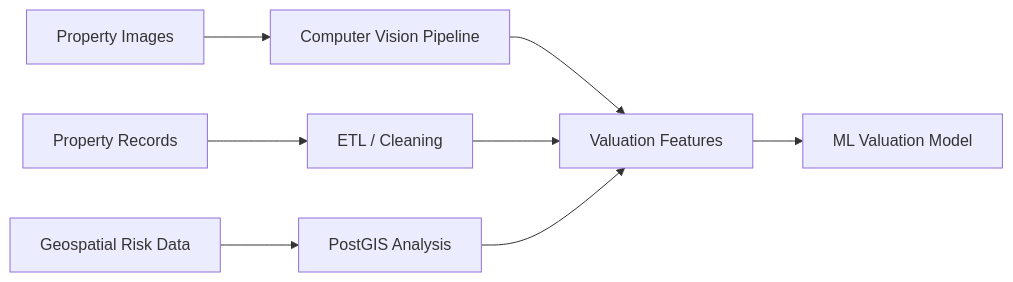
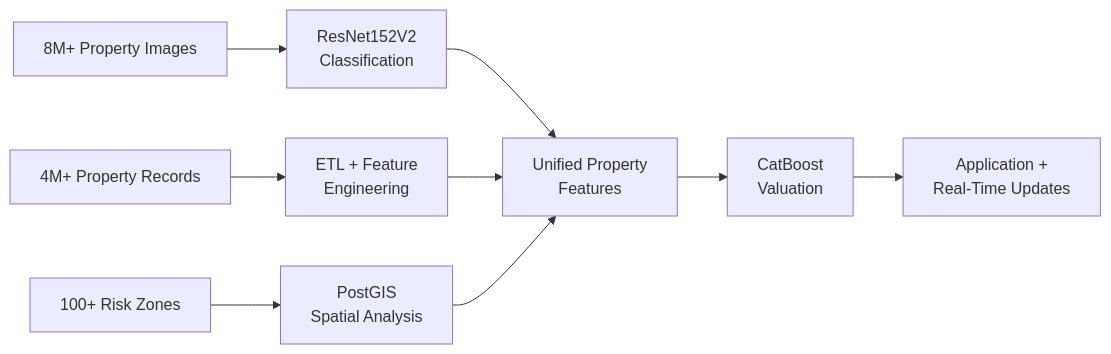
The diagram in docs/production-ml-real-estate.md (CS-Ponkoj/CS-Ponkoj), drawn with Mermaid before and after one commit. The commit also changed other lines of this file and 10 other files, not shown here.

````diff
--- a/docs/production-ml-real-estate.md
+++ b/docs/production-ml-real-estate.md
@@ -23,10 +18,11 @@
 ```mermaid
 flowchart LR
-    A["Property Images"] --> B["Computer Vision Pipeline"]
-    C["Property Records"] --> D["ETL / Cleaning"]
-    E["Geospatial Risk Data"] --> F["PostGIS Analysis"]
-    B --> G["Valuation Features"]
+    A["8M+ Property Images"] --> B["ResNet152V2<br/>Classification"]
+    C["4M+ Property Records"] --> D["ETL + Feature<br/>Engineering"]
+    E["100+ Risk Zones"] --> F["PostGIS<br/>Spatial Analysis"]
+    B --> G["Unified Property<br/>Features"]
     D --> G
     F --> G
-    G --> H["ML Valuation Model"]
+    G --> H["CatBoost<br/>Valuation"]
+    H --> I["Application +<br/>Real-Time Updates"]
 ```
````
